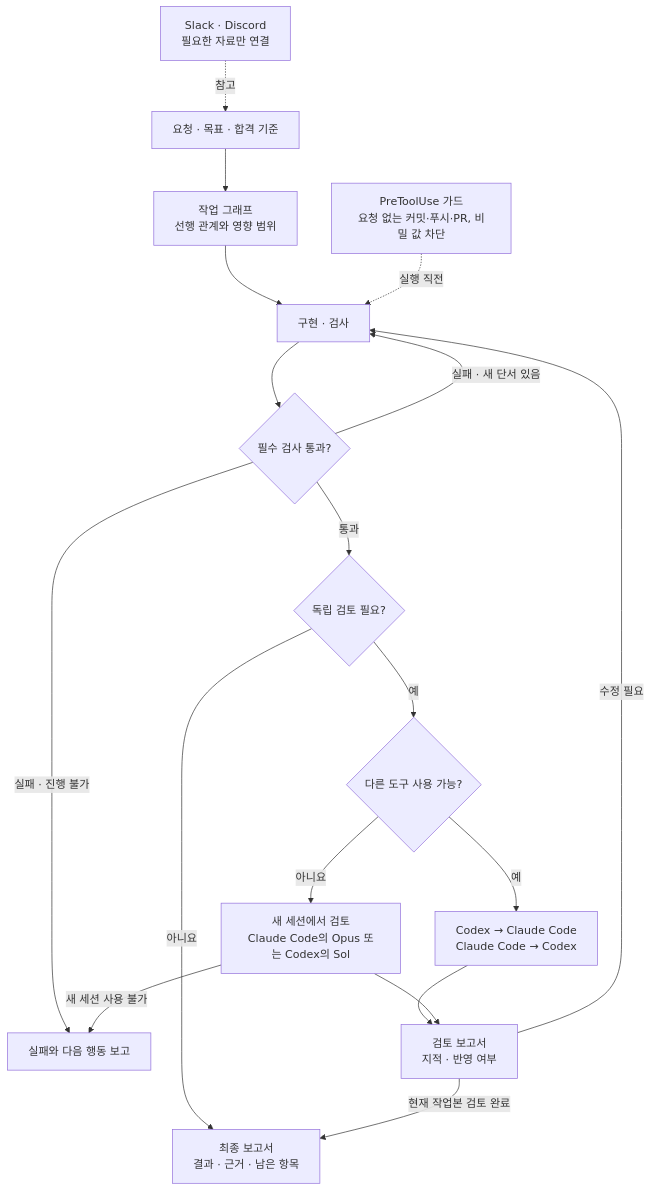
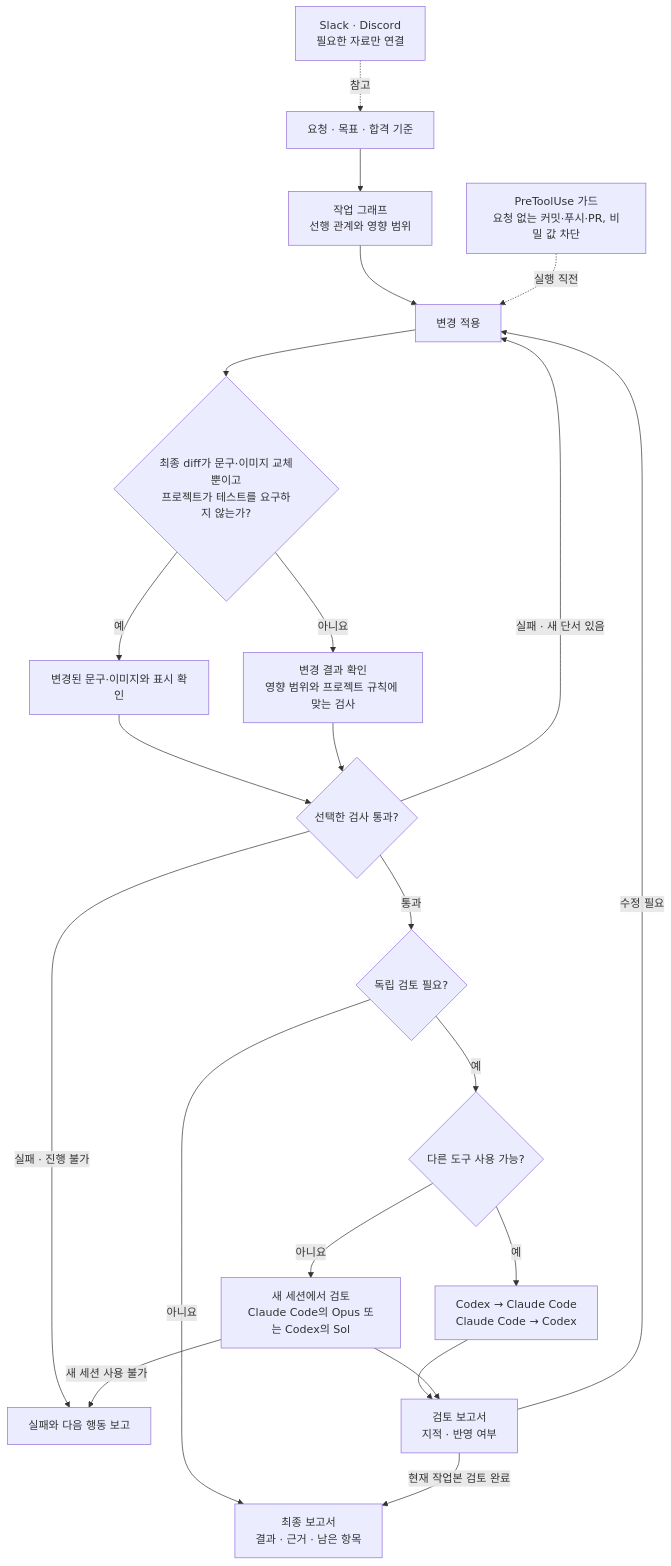
The diagram in docs/workflow-flow.md (leejungmin91/engineering-workflow), drawn with Mermaid before and after one commit. The commit also changed other lines of this file and 3 other files, not shown here.

````diff
--- a/docs/workflow-flow.md
+++ b/docs/workflow-flow.md
@@ -5,20 +5,24 @@
 ```mermaid
 flowchart TD
     Start["요청 · 목표 · 합격 기준"] --> Graph["작업 그래프<br/>선행 관계와 영향 범위"]
-    Graph --> Change["구현 · 검사"]
-    Change --> Check{"필수 검사 통과?"}
+    Graph --> Change["변경 적용"]
+    Change --> Impact{"최종 diff가 문구·이미지 교체뿐이고<br/>프로젝트가 테스트를 요구하지 않는가?"}
+    Impact -->|예| Content["변경된 문구·이미지와 표시 확인"]
+    Impact -->|아니요| Required["변경 결과 확인<br/>영향 범위와 프로젝트 규칙에 맞는 검사"]
+    Content --> Check{"선택한 검사 통과?"}
+    Required --> Check
     Check -->|실패 · 새 단서 있음| Change
     Check -->|실패 · 진행 불가| Pending["실패와 다음 행동 보고"]
     Check -->|통과| Review{"독립 검토 필요?"}
     Review -->|아니요| Report["최종 보고서<br/>결과 · 근거 · 남은 항목"]
     Review -->|예| Tool{"다른 도구 사용 가능?"}
     Tool -->|예| Cross["Codex → Claude Code<br/>Claude Code → Codex"]
     Tool -->|아니요| Fallback["새 세션에서 검토<br/>Claude Code의 Opus 또는 Codex의 Sol"]
     Cross --> Findings["검토 보고서<br/>지적 · 반영 여부"]
     Fallback --> Findings
     Findings -->|수정 필요| Change
     Findings -->|현재 작업본 검토 완료| Report
     Fallback -->|새 세션 사용 불가| Pending
     Hook["PreToolUse 가드<br/>요청 없는 커밋·푸시·PR, 비밀 값 차단"] -. 실행 직전 .-> Change
     Context["Slack · Discord<br/>필요한 자료만 연결"] -. 참고 .-> Start
 ```
````
